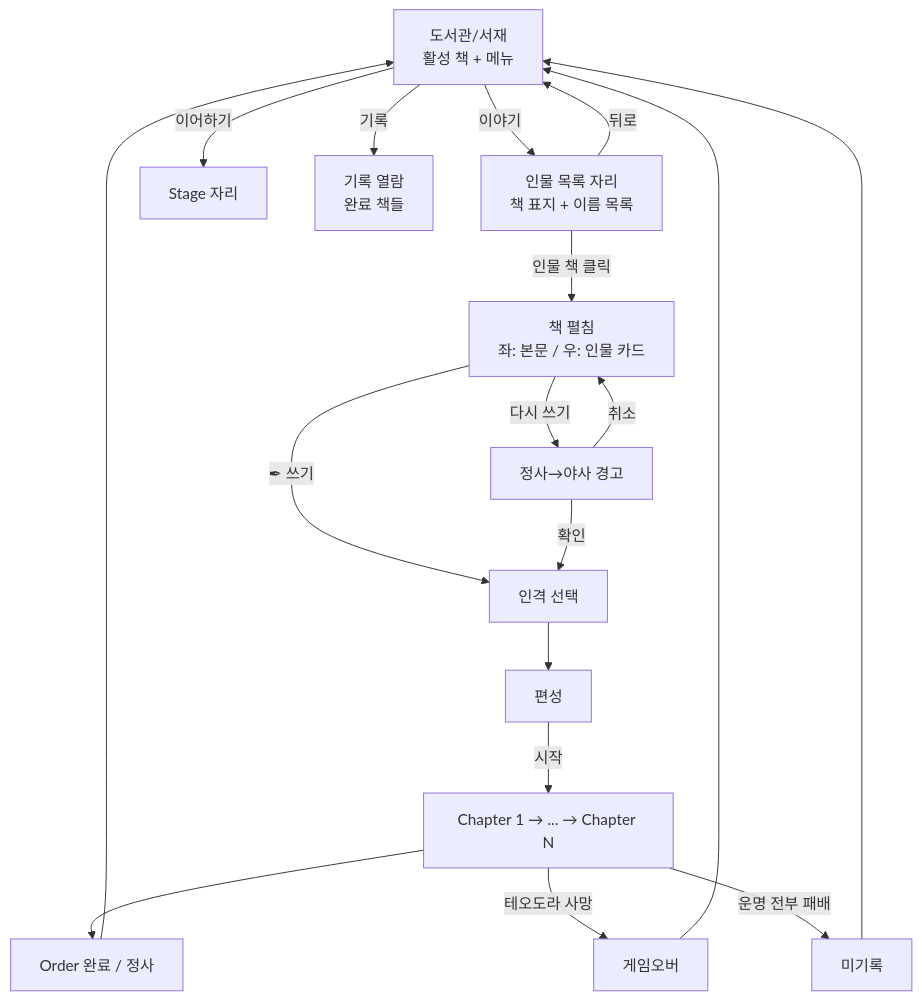
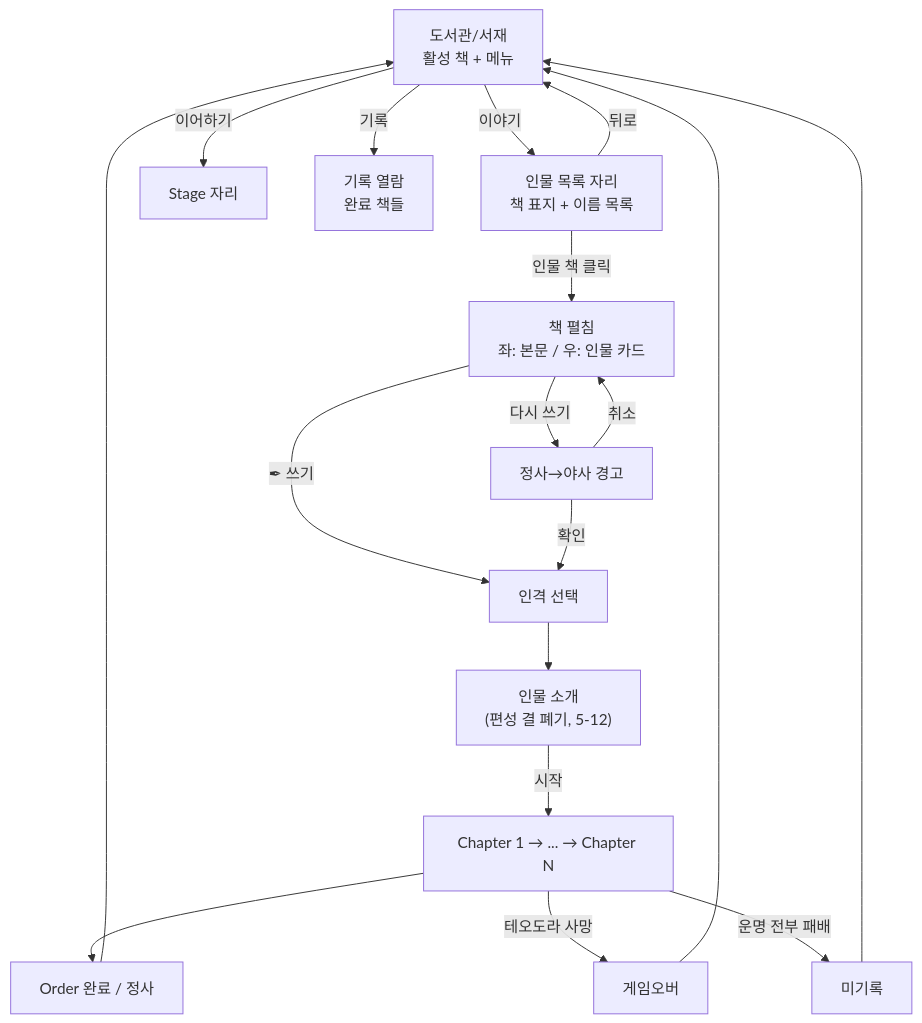
One commit to roam1215-beep/Chronicle-wiki changed the diagram in 04_메타/책구조.md. Above: the diagram before and after it, drawn with Mermaid. The commit also changed other lines of this file and 4 other files, not shown here.

````diff
--- a/04_메타/책구조.md
+++ b/04_메타/책구조.md
@@ -159,22 +164,22 @@
 ```mermaid
 flowchart TD
     LIB["도서관/서재<br>활성 책 + 메뉴"] -->|이야기| LIST["인물 목록 자리<br>책 표지 + 이름 목록"]
     LIB -->|이어하기| STAGE["Stage 자리"]
     LIB -->|기록| RECORD["기록 열람<br>완료 책들"]
 
     LIST -->|인물 책 클릭| CHARPAGE["책 펼침<br>좌: 본문 / 우: 인물 카드"]
     LIST -->|뒤로| LIB
 
     CHARPAGE -->|✒ 쓰기| PERSONA["인격 선택"]
     CHARPAGE -->|다시 쓰기| WARN["정사→야사 경고"]
     WARN -->|확인| PERSONA
     WARN -->|취소| CHARPAGE
 
-    PERSONA --> FORMATION["편성"]
-    FORMATION -->|시작| CHAPTERS["Chapter 1 → ... → Chapter N"]
+    PERSONA --> INTRO["인물 소개<br>(편성 결 폐기, 5-12)"]
+    INTRO -->|시작| CHAPTERS["Chapter 1 → ... → Chapter N"]
     CHAPTERS --> SAVE["Order 완료 / 정사"]
     SAVE --> LIB
 
     CHAPTERS -->|테오도라 사망| GAMEOVER["게임오버"] --> LIB
     CHAPTERS -->|운명 전부 패배| FAIL["미기록"] --> LIB
 ```
````
